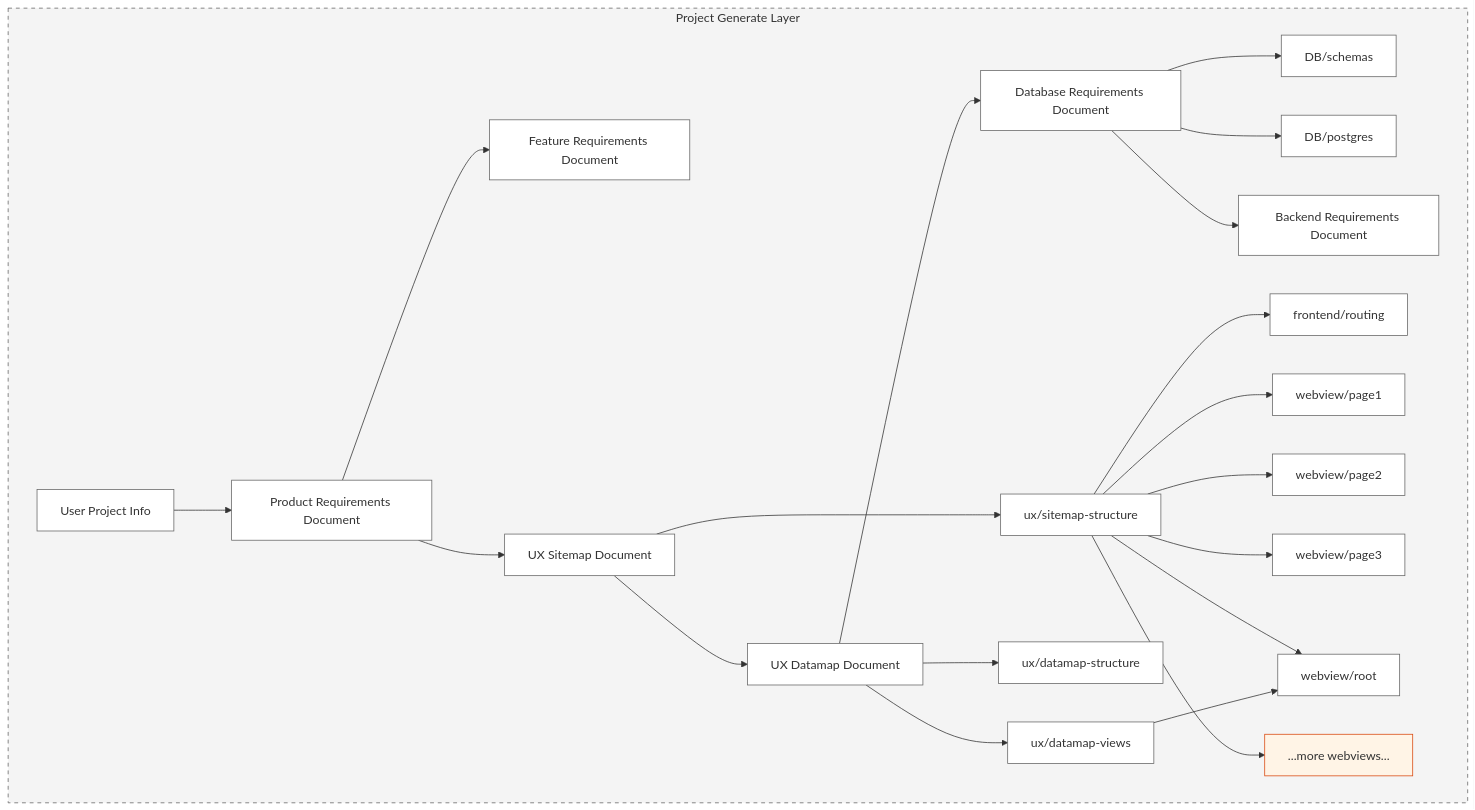
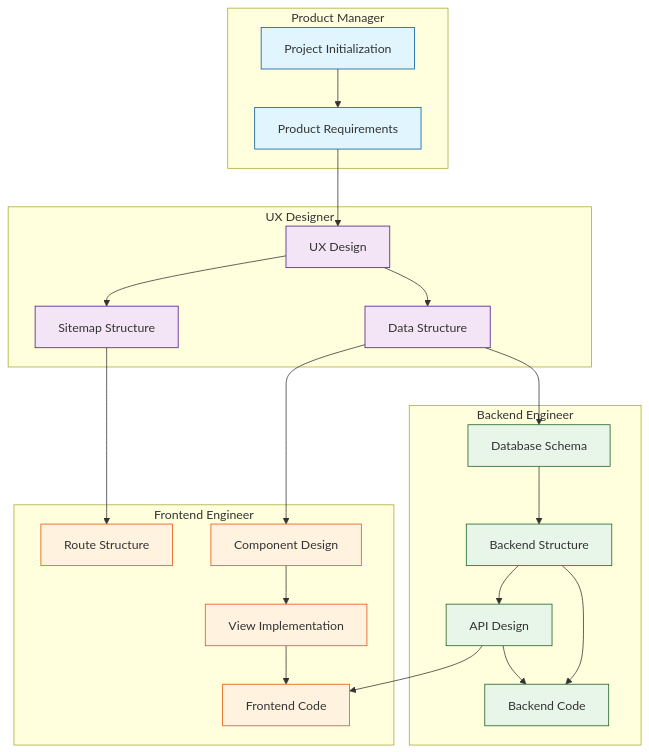
The second of 2 diagrams in README.md (Sma1lboy/codefox), drawn with Mermaid before and after one commit. The commit also changed other lines of this file and 1 other file, not shown here.

````diff
--- a/README.md
+++ b/README.md
@@ -28,39 +267,63 @@
 ```mermaid
 graph TD
-    subgraph Project_Generate_Layer[Project Generate Layer]
-        UP[User Project Info] --> PRD[Product Requirements Document]
-        PRD --> FRD[Feature Requirements Document]
-        PRD --> UXSD[UX Sitemap Document]
-        UXSD --> UXDD[UX Datamap Document]
-        UXDD --> DRD[Database Requirements Document]
-        DRD --> DBS[DB/schemas]
-        DRD --> DBP[DB/postgres]
-        DRD --> BRD[Backend Requirements Document]
+    %% Project Initialization
+    Init[Project Initialization] --> Product[Product Requirements]
+    Product --> UX[UX Design]
 
-        %% Frontend related generations
-        UXSD --> USS[ux/sitemap-structure]
-        USS --> ROUTE[frontend/routing]
-        UXDD --> UDS[ux/datamap-structure]
-        UXDD --> UDV[ux/datamap-views]
+    %% UX Design Flow
+    UX --> Sitemap[Sitemap Structure]
+    UX --> Datamap[Data Structure]
 
-        %% Webview generations
-        USS --> WV1[webview/page1]
-        USS --> WV2[webview/page2]
-        USS --> WV3[webview/page3]
-        USS --> ROOT[webview/root]
-        UDV --> ROOT
+    %% Backend Development
+   Datamap --> DB[Database Schema]
+   DB --> BE[Backend Structure]
+   BE --> API[API Design]
+   BE --> BackendCode[Backend Code]
+   API --> BackendCode
 
-        %% Optional: Show multiple pages with a note
-        note[...more webviews...]
-        USS --> note
-    end
+   %% Frontend Development
+   Sitemap --> Routes[Route Structure]
+   Datamap --> Components[Component Design]
+   Components --> Views[View Implementation]
 
-    %% Styling
-    classDef default fill:#f9f9f9,stroke:#333,stroke-width:2px
-    classDef boxStyle fill:#fff,stroke:#666,stroke-width:1px
-    classDef noteStyle fill:#fff4e6,stroke:#d9480f,stroke-width:1px
-    class UP,PRD,FRD,UXSD,UXDD,DRD,DBS,DBP,BRD,USS,UDS,UDV,ROUTE,WV1,WV2,WV3,ROOT boxStyle
-    class note noteStyle
-    classDef layerStyle fill:#f4f4f4,stroke:#666,stroke-width:1px,stroke-dasharray: 5 5
-    class Project_Generate_Layer layerStyle
+   %% File Management and Generation
+   Views --> FE[Frontend Code]
+   API --> FE
+
+   %% Subgraphs for different roles
+   subgraph "Product Manager"
+       Init
+       Product
+   end
+
+   subgraph "UX Designer"
+       UX
+       Sitemap
+       Datamap
+   end
+
+   subgraph "Backend Engineer"
+       DB
+       BE
+       API
+       BackendCode
+   end
+
+   subgraph "Frontend Engineer"
+       Routes
+       Components
+       Views
+       FE
+   end
+
+   %% Styling
+   classDef product fill:#e1f5fe,stroke:#01579b
+   classDef ux fill:#f3e5f5,stroke:#4a148c
+   classDef backend fill:#e8f5e9,stroke:#1b5e20
+   classDef frontend fill:#fff3e0,stroke:#e65100
+
+   class Init,Product product
+   class UX,Sitemap,Datamap ux
+   class DB,BE,API,BackendCode backend
+   class Routes,Components,Views,FE frontend
 ```
````
